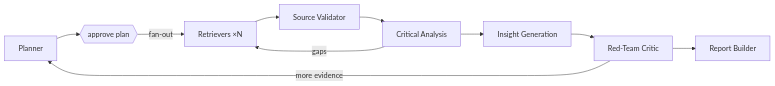
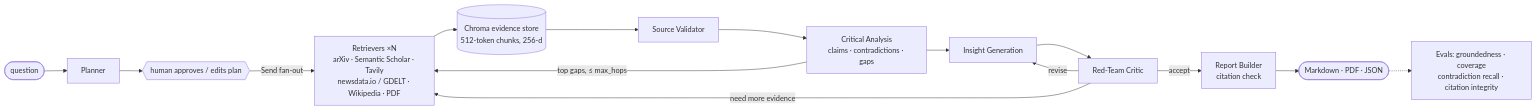
Before and after one commit to pj-nx/multi-agent-deep-researcher: the diagram in README.md, drawn with Mermaid. The commit also changed other lines of this file and 23 other files, not shown here.

Commit message:
Phase 7: evaluation harness (seeded questions, groundedness/coverage/contradiction judges, suite runner, LangSmith glue) and README polish

````diff
--- a/README.md
+++ b/README.md
@@ -24,12 +25,17 @@
 ```mermaid
 flowchart LR
-    planner[Planner] --> approve{{approve plan}}
-    approve -->|fan-out| retriever[Retrievers ×N]
-    retriever --> validator[Source Validator]
-    validator --> analysis[Critical Analysis]
-    analysis -->|gaps| retriever
+    q([question]) --> planner[Planner]
+    planner --> approve{{human approves / edits plan}}
+    approve -->|Send fan-out| retriever[Retrievers ×N<br/>arXiv · Semantic Scholar · Tavily<br/>newsdata.io / GDELT · Wikipedia · PDF]
+    retriever --> store[(Chroma evidence store<br/>512-token chunks, 256-d)]
+    store --> validator[Source Validator]
+    validator --> analysis[Critical Analysis<br/>claims · contradictions · gaps]
+    analysis -->|top gaps, ≤ max_hops| retriever
     analysis --> insight[Insight Generation]
     insight --> critic[Red-Team Critic]
-    critic -->|more evidence| planner
-    critic --> report[Report Builder]
+    critic -->|revise| insight
+    critic -->|need more evidence| retriever
+    critic -->|accept| report[Report Builder<br/>citation check]
+    report --> out([Markdown · PDF · JSON])
+    out -.-> evals[Evals: groundedness · coverage<br/>contradiction recall · citation integrity]
 ```
````
